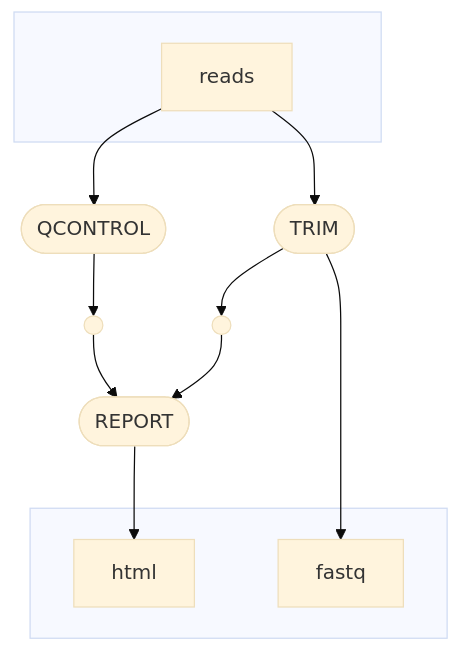
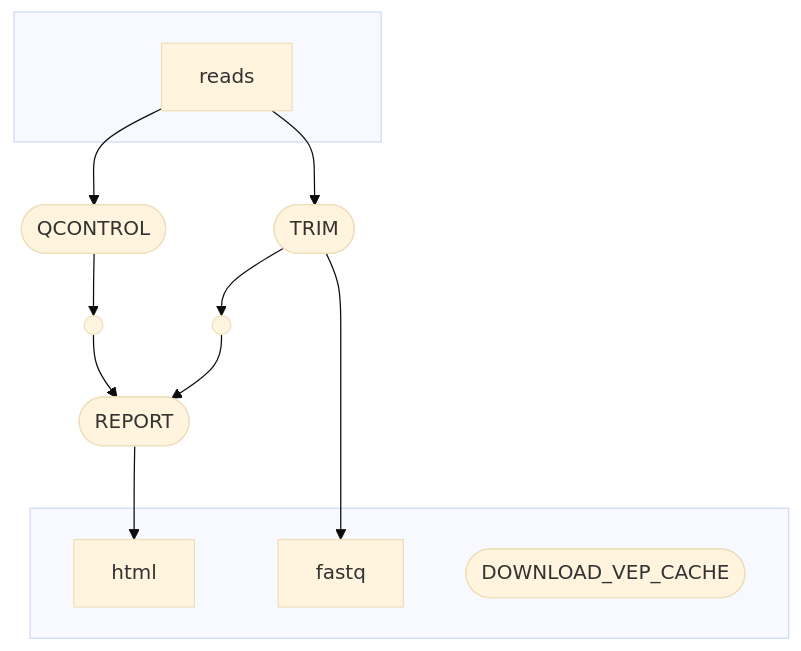
The diagram in README.md (glebus-sasha/qcontrol_nf), drawn with Mermaid before and after one commit.

````diff
--- a/README.md
+++ b/README.md
@@ -8,24 +8,25 @@
 ```mermaid
 %%{init: {'theme':'base'}}%%
 flowchart TB
     subgraph " "
     v0["reads"]
     end
     v1([QCONTROL])
     subgraph " "
     v9["html"]
     v10["fastq"]
+    v11([DOWNLOAD_VEP_CACHE])
     end
     v3([TRIM])
     v8([REPORT])
     v6(( ))
     v7(( ))
     v0 --> v1
     v0 --> v3
     v1 --> v6
     v3 --> v7
     v3 --> v10
     v6 --> v8
     v7 --> v8
     v8 --> v9
 ```
````
